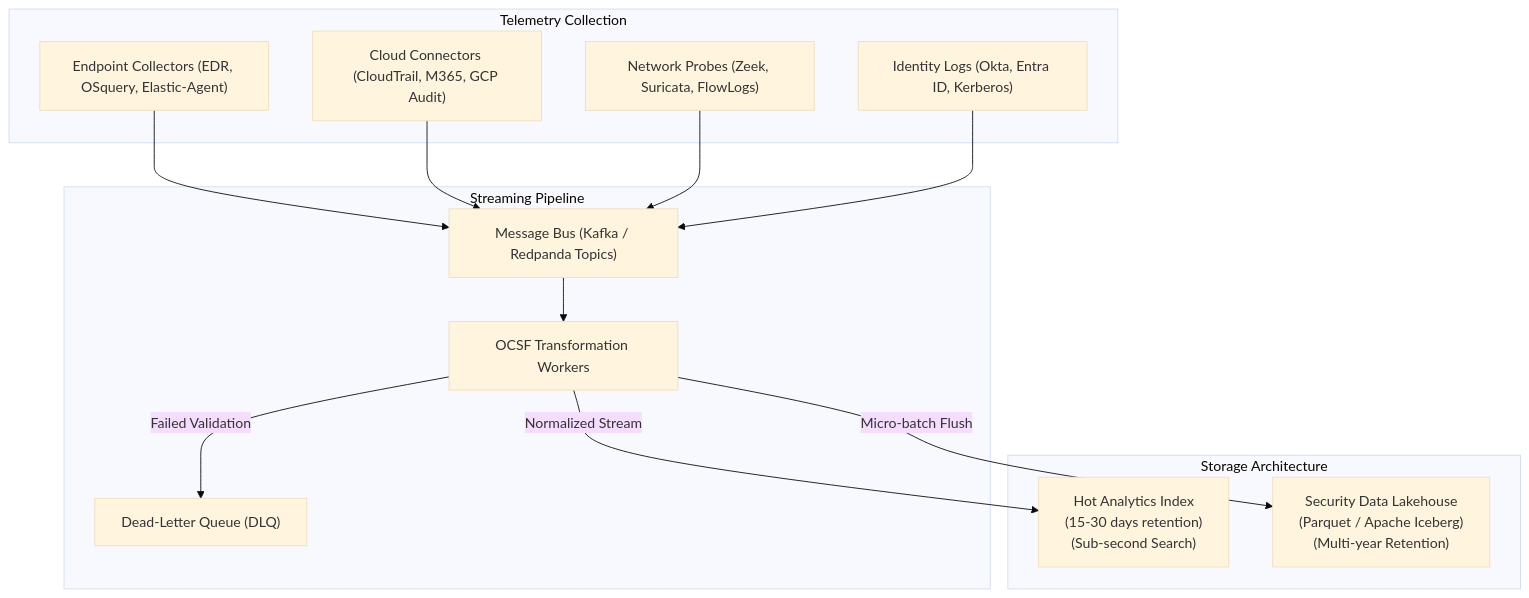
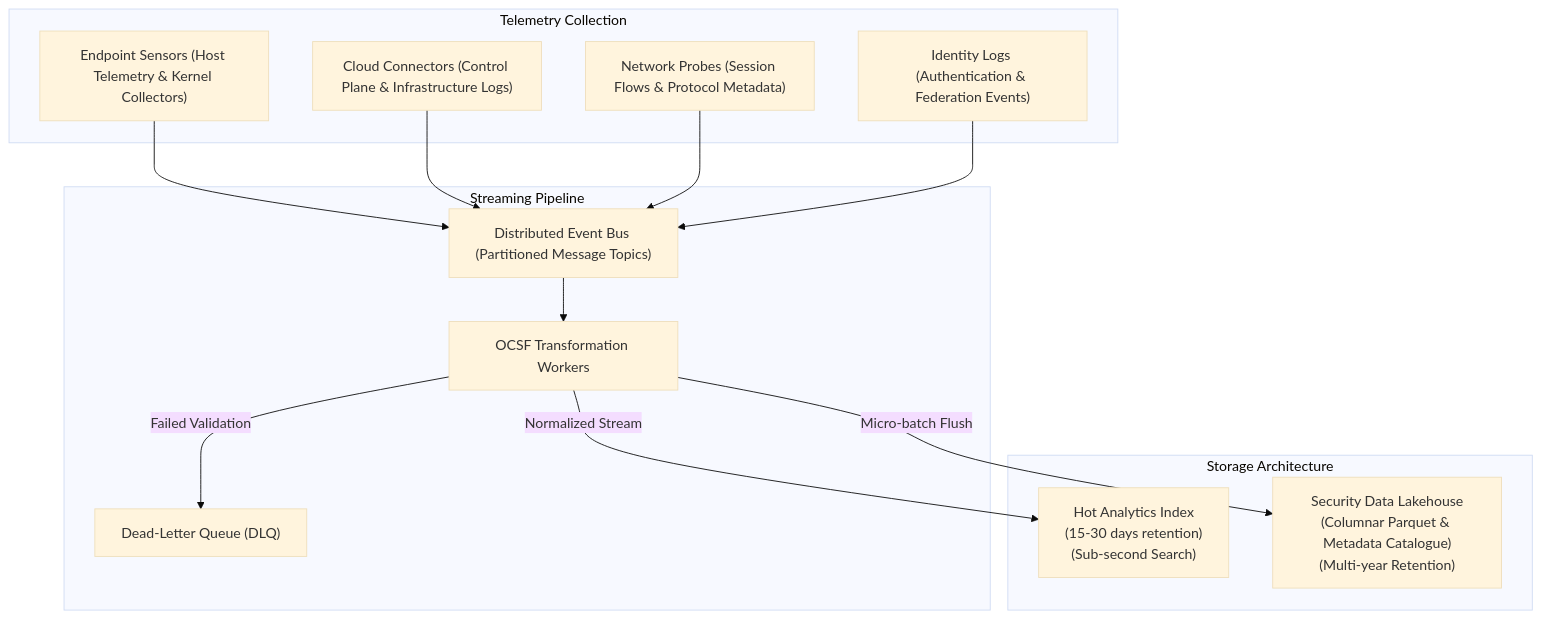
One commit to Haribu/TIDIR changed the diagram in docs/architecture/components/02-data-fabric-telemetry.md. Above: the diagram before and after it, drawn with Mermaid (base theme). The commit also changed other lines of this file and 34 other files, not shown here.

````diff
--- a/docs/architecture/components/02-data-fabric-telemetry.md
+++ b/docs/architecture/components/02-data-fabric-telemetry.md
@@ -7,30 +7,30 @@
 ```mermaid
 flowchart TD
   subgraph Collectors ["Telemetry Collection"]
-    AGENTS["Endpoint Collectors (EDR, OSquery, Elastic-Agent)"]
-    CLOUD_INGEST["Cloud Connectors (CloudTrail, M365, GCP Audit)"]
-    NET_INGEST["Network Probes (Zeek, Suricata, FlowLogs)"]
-    AUTH_INGEST["Identity Logs (Okta, Entra ID, Kerberos)"]
+    AGENTS["Endpoint Sensors (Host Telemetry & Kernel Collectors)"]
+    CLOUD_INGEST["Cloud Connectors (Control Plane & Infrastructure Logs)"]
+    NET_INGEST["Network Probes (Session Flows & Protocol Metadata)"]
+    AUTH_INGEST["Identity Logs (Authentication & Federation Events)"]
   end
 
   subgraph IngestionStream ["Streaming Pipeline"]
-    STREAM_BUS["Message Bus (Kafka / Redpanda Topics)"]
+    STREAM_BUS["Distributed Event Bus (Partitioned Message Topics)"]
     SCHEMA_NORM["OCSF Transformation Workers"]
     DLQ["Dead-Letter Queue (DLQ)"]
   end
 
   subgraph DualStorage ["Storage Architecture"]
     HOT_INDEX["Hot Analytics Index\n(15-30 days retention)\n(Sub-second Search)"]
-    LAKEHOUSE["Security Data Lakehouse\n(Parquet / Apache Iceberg)\n(Multi-year Retention)"]
+    LAKEHOUSE["Security Data Lakehouse\n(Columnar Parquet & Metadata Catalogue)\n(Multi-year Retention)"]
   end
 
   AGENTS --> STREAM_BUS
   CLOUD_INGEST --> STREAM_BUS
   NET_INGEST --> STREAM_BUS
   AUTH_INGEST --> STREAM_BUS
 
   STREAM_BUS --> SCHEMA_NORM
   SCHEMA_NORM -->|Failed Validation| DLQ
   SCHEMA_NORM -->|Normalized Stream| HOT_INDEX
   SCHEMA_NORM -->|Micro-batch Flush| LAKEHOUSE
 ```
````
